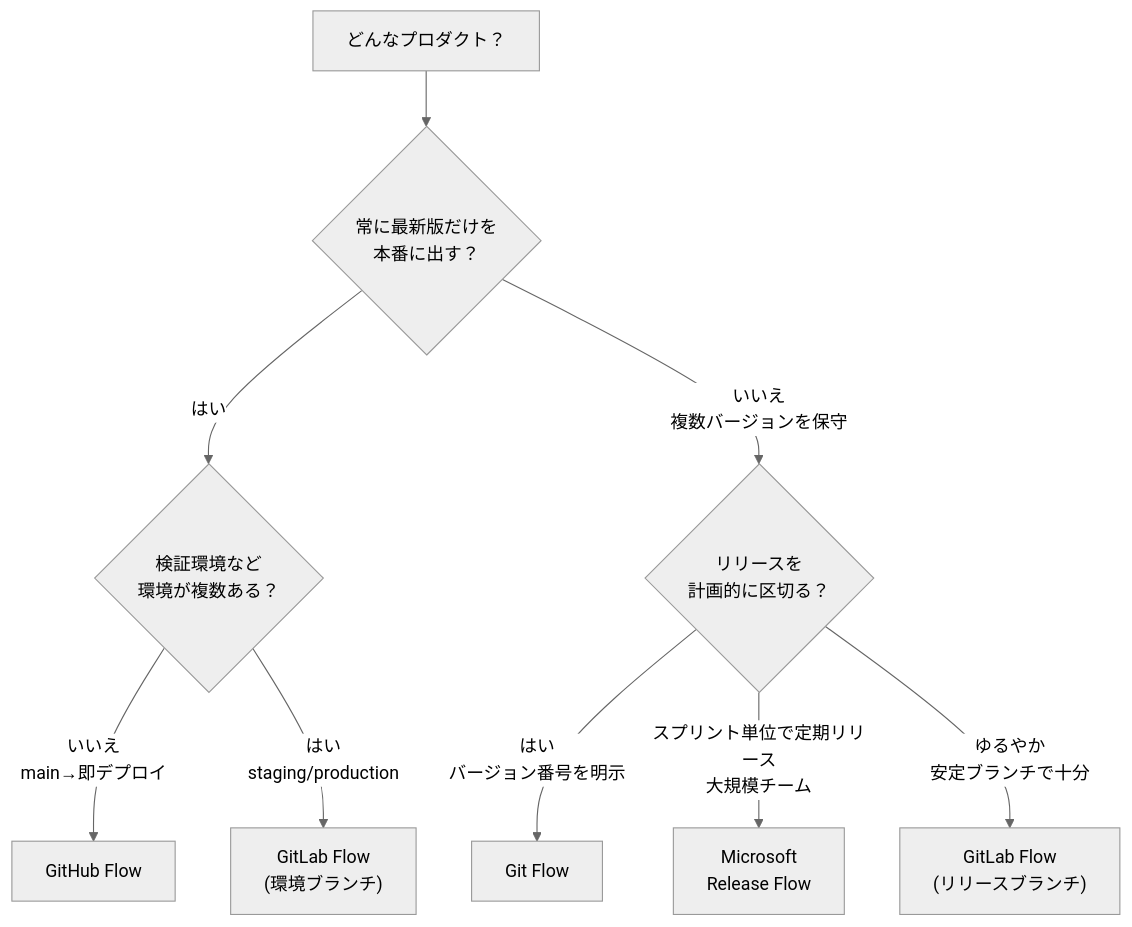
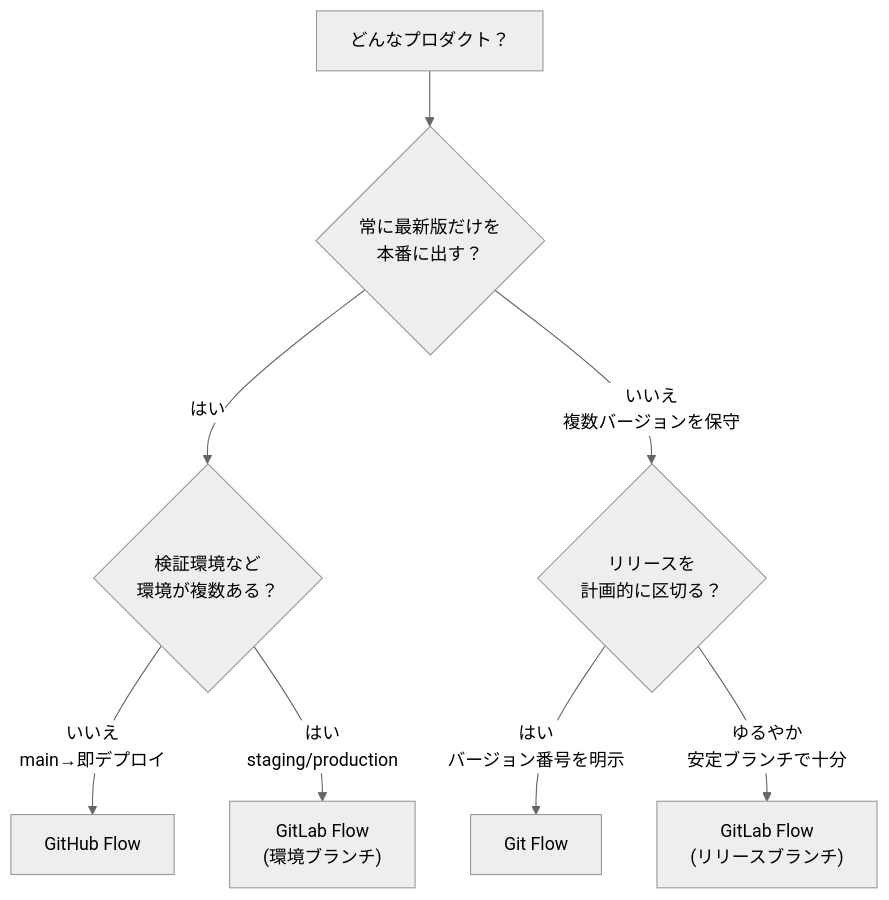
The diagram in docs/guide/branching-strategies.md (ykgw-daiki-nakamura/nakamura-git-tutorial), drawn with Mermaid (neutral theme) before and after one commit. The commit also changed other lines of this file and 6 other files, not shown here.

First line of the commit message:
docs: ガイドと規約の整合を回復する（Rulesets 明記・Microsoft Release Flow の記述を削除） (#293)

````diff
--- a/docs/guide/branching-strategies.md
+++ b/docs/guide/branching-strategies.md
@@ -18,11 +18,10 @@
 ```mermaid
 flowchart TD
     A["どんなプロダクト？"] --> B{"常に最新版だけを<br/>本番に出す？"}
     B -->|はい| C{"検証環境など<br/>環境が複数ある？"}
     B -->|いいえ<br/>複数バージョンを保守| D{"リリースを<br/>計画的に区切る？"}
     C -->|いいえ<br/>main→即デプロイ| E["GitHub Flow"]
     C -->|はい<br/>staging/production| F["GitLab Flow<br/>(環境ブランチ)"]
     D -->|はい<br/>バージョン番号を明示| G["Git Flow"]
-    D -->|スプリント単位で定期リリース<br/>大規模チーム| I["Microsoft<br/>Release Flow"]
     D -->|ゆるやか<br/>安定ブランチで十分| H["GitLab Flow<br/>(リリースブランチ)"]
 ```
````
